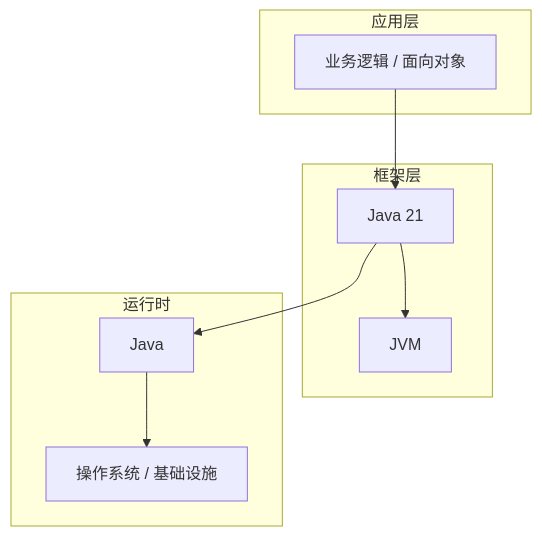
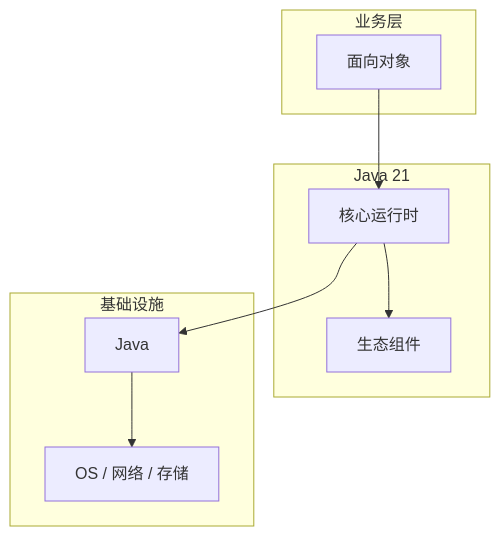
One commit to yanggan2015/knowledge-json-v2 changed the diagram in articles/Java核心/chapters/011-面向对象核心概念与原理.md. Above: the diagram before and after it, drawn with Mermaid. The commit also changed other lines of this file and 10127 other files, not shown here.

````diff
--- a/articles/Java核心/chapters/011-面向对象核心概念与原理.md
+++ b/articles/Java核心/chapters/011-面向对象核心概念与原理.md
@@ -45,18 +34,18 @@
 ```mermaid
 graph TB
-    subgraph 应用层
-        A[业务逻辑 / 面向对象]
+    subgraph 业务层
+        A[面向对象]
     end
-    subgraph 框架层
-        B[Java 21]
-        C[JVM]
+    subgraph Java 21
+        B[核心运行时]
+        C[生态组件]
     end
-    subgraph 运行时
+    subgraph 基础设施
         D[Java]
-        E[操作系统 / 基础设施]
+        E[OS / 网络 / 存储]
     end
     A --> B
     B --> C
     B --> D
     D --> E
 ```
````
